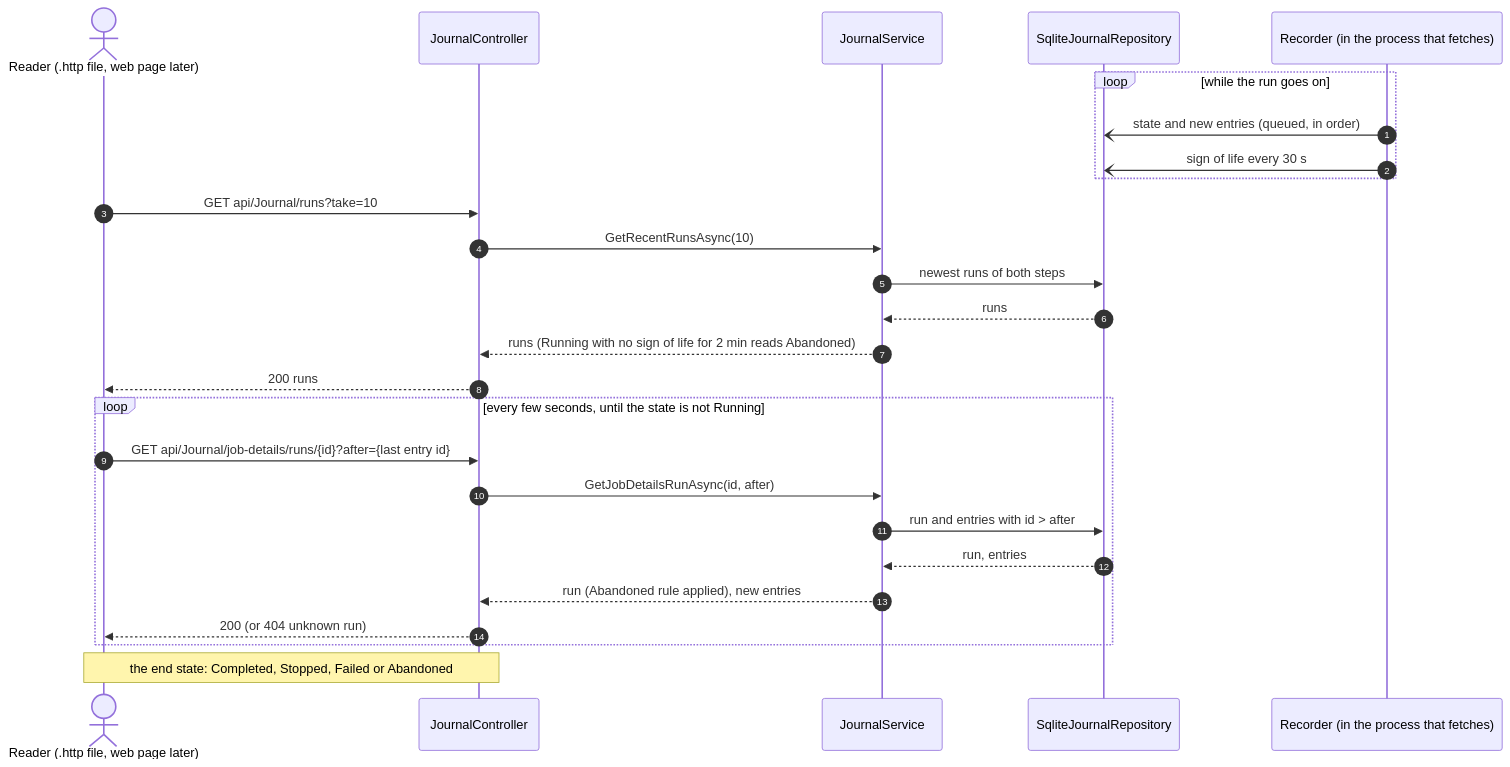
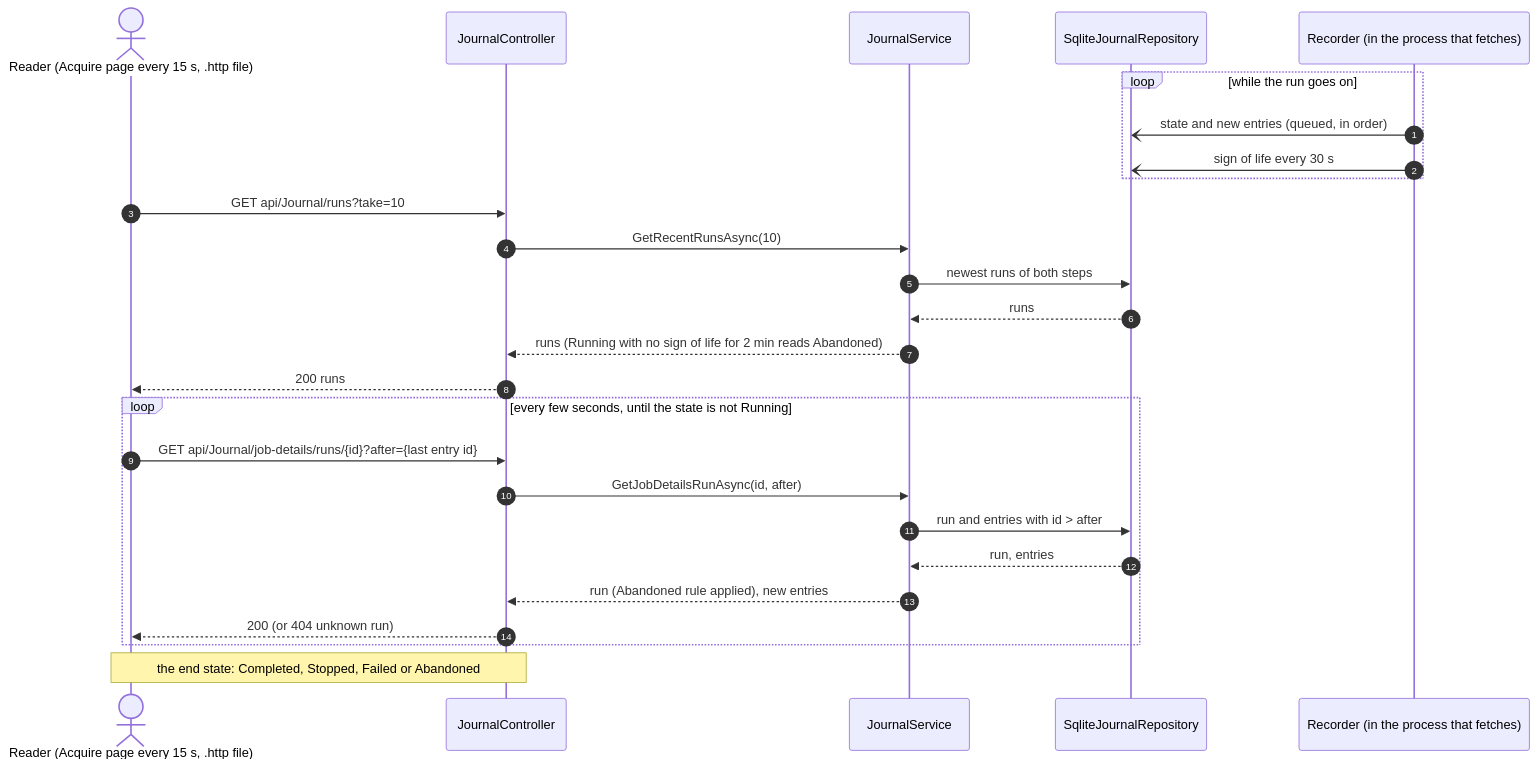
One commit to VDanielV/job-fetch-probe changed the second of 2 diagrams in docs/sequence.md. Above: the diagram before and after it, drawn with Mermaid. The commit also changed other lines of this file and 30 other files, not shown here.

Commit message:
connecting web with api to acquire jobs

````diff
--- a/docs/sequence.md
+++ b/docs/sequence.md
@@ -112,31 +112,31 @@
 ```mermaid
 sequenceDiagram
     autonumber
-    actor Reader as Reader (.http file, web page later)
+    actor Reader as Reader (Acquire page every 15 s, .http file)
     participant JCtl as JournalController
     participant Jnl as JournalService
     participant Db as SqliteJournalRepository
     participant Rec as Recorder (in the process that fetches)
 
     loop while the run goes on
         Rec-)Db: state and new entries (queued, in order)
         Rec-)Db: sign of life every 30 s
     end
 
     Reader->>JCtl: GET api/Journal/runs?take=10
     JCtl->>Jnl: GetRecentRunsAsync(10)
     Jnl->>Db: newest runs of both steps
     Db-->>Jnl: runs
     Jnl-->>JCtl: runs (Running with no sign of life for 2 min reads Abandoned)
     JCtl-->>Reader: 200 runs
 
     loop every few seconds, until the state is not Running
         Reader->>JCtl: GET api/Journal/job-details/runs/{id}?after={last entry id}
         JCtl->>Jnl: GetJobDetailsRunAsync(id, after)
         Jnl->>Db: run and entries with id > after
         Db-->>Jnl: run, entries
         Jnl-->>JCtl: run (Abandoned rule applied), new entries
         JCtl-->>Reader: 200 (or 404 unknown run)
     end
     Note over Reader,JCtl: the end state: Completed, Stopped, Failed or Abandoned
 ```
````
